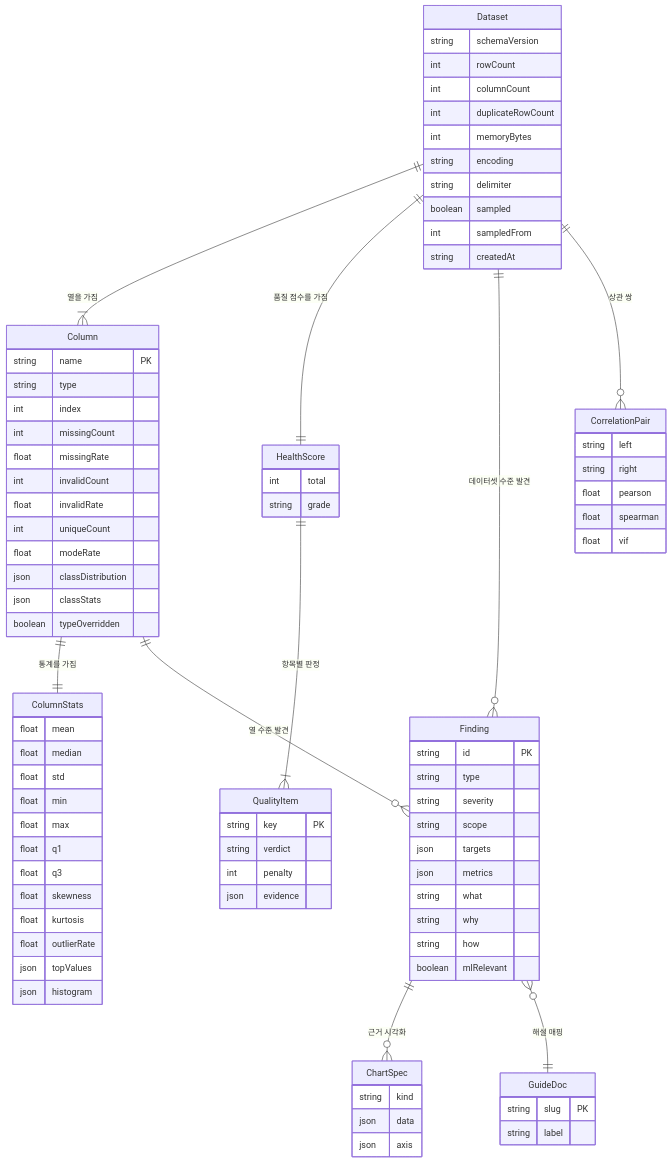
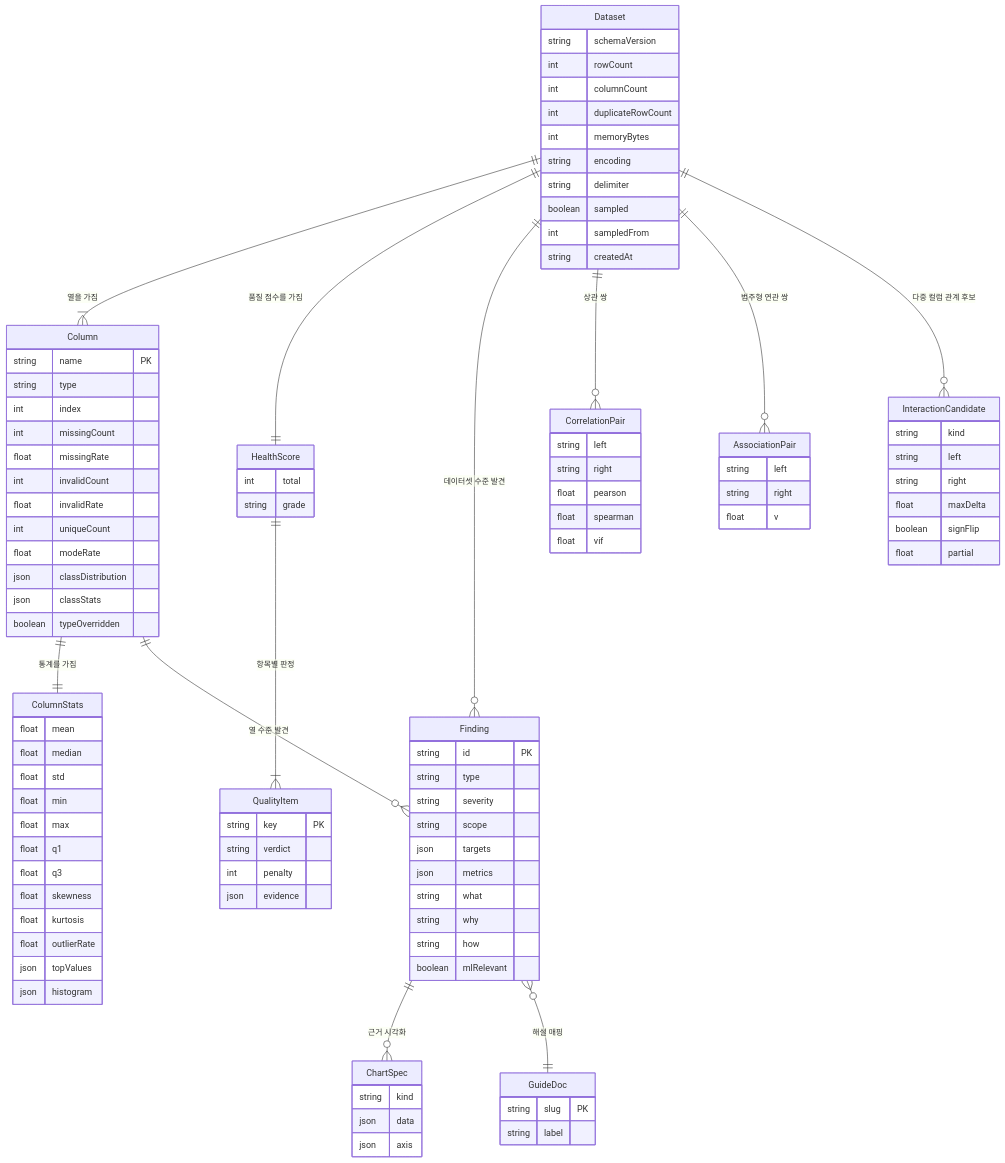
The first of 3 diagrams in docs/data-model.md (kty2001/AutoEDA), drawn with Mermaid before and after one commit. The commit also changed other lines of this file and 23 other files, not shown here.

```diff
--- a/docs/data-model.md
+++ b/docs/data-model.md
@@ -32,6 +32,8 @@
     Dataset ||--o{ Finding : "데이터셋 수준 발견"
     Column ||--o{ Finding : "열 수준 발견"
     Dataset ||--o{ CorrelationPair : "상관 쌍"
+    Dataset ||--o{ AssociationPair : "범주형 연관 쌍"
+    Dataset ||--o{ InteractionCandidate : "다중 컬럼 관계 후보"
     Finding ||--o{ ChartSpec : "근거 시각화"
     Finding }o--|| GuideDoc : "해설 매핑"
 
@@ -104,6 +106,19 @@
         float spearman
         float vif
     }
+    AssociationPair {
+        string left
+        string right
+        float v
+    }
+    InteractionCandidate {
+        string kind
+        string left
+        string right
+        float maxDelta
+        boolean signFlip
+        float partial
+    }
     ChartSpec {
         string kind
         json data
```
